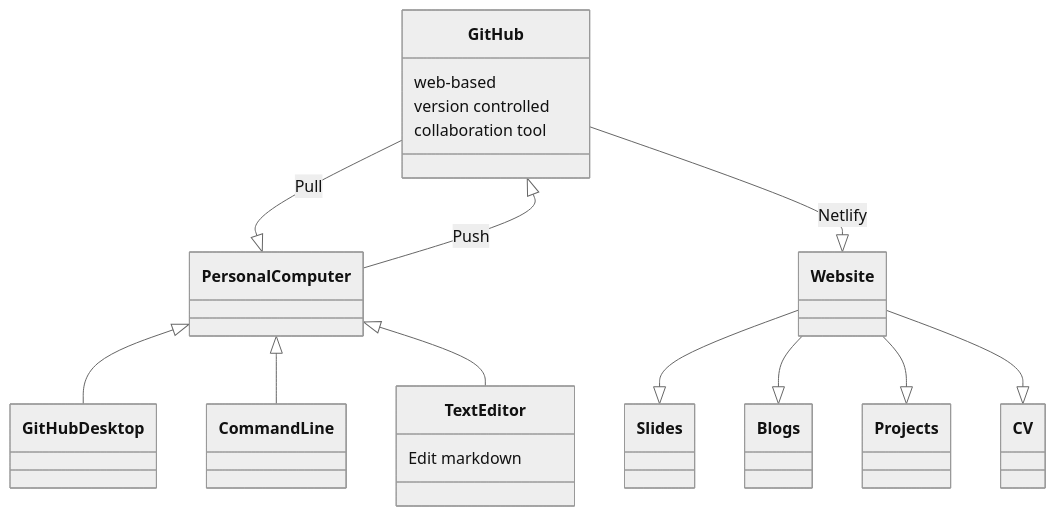
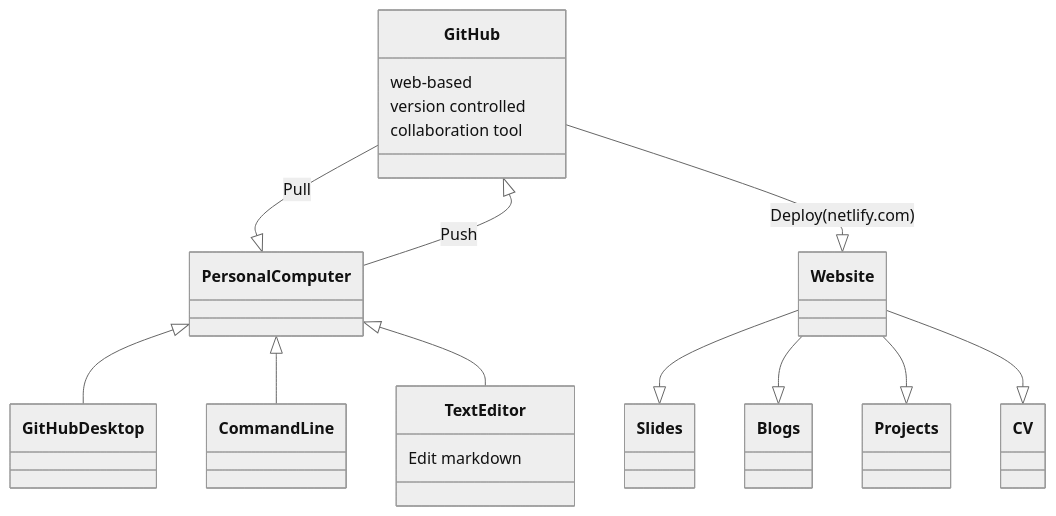
The diagram in content/post/mermaid_test.md (matty-plumski/MattsResBazSite), drawn with Mermaid (neutral theme) before and after one commit.

````diff
--- a/content/post/mermaid_test.md
+++ b/content/post/mermaid_test.md
@@ -18,27 +18,27 @@
 ```mermaid
 classDiagram
     GitHub --|> Personal Computer : Pull 
     GitHub <|-- Personal Computer : Push 
     Personal Computer <|-- GitHub Desktop
     Personal Computer <|-- Command Line
     Personal Computer <|-- TextEditor
 
     Website --|> Slides
     Website --|> Blogs
     Website --|> Projects
     Website --|> CV
     GitHub : web-based
     GitHub : version controlled
     GitHub : collaboration tool
   
 
-   GitHub --|> Website : Netlify
+   GitHub --|> Website : Deploy(netlify.com)
 
     class Personal Computer{
     }
     class Website{
     }
     class TextEditor{
         Edit markdown
     }
 ```
````
